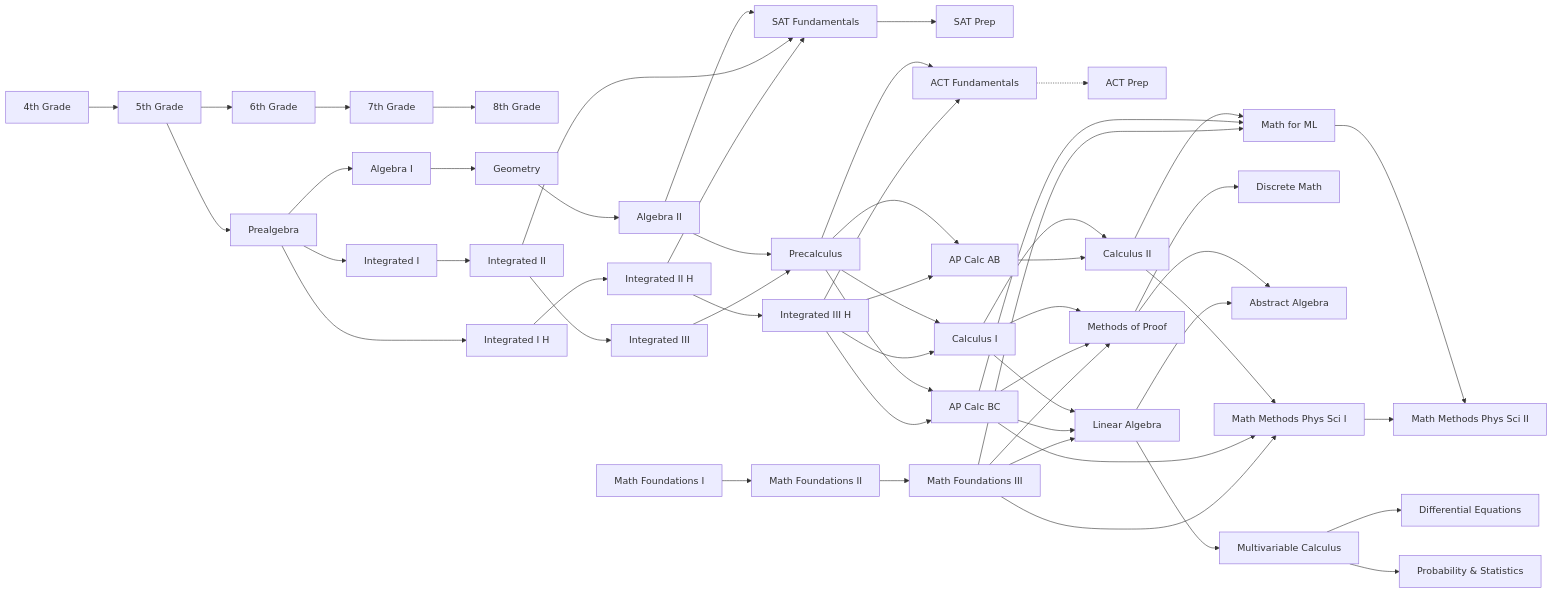
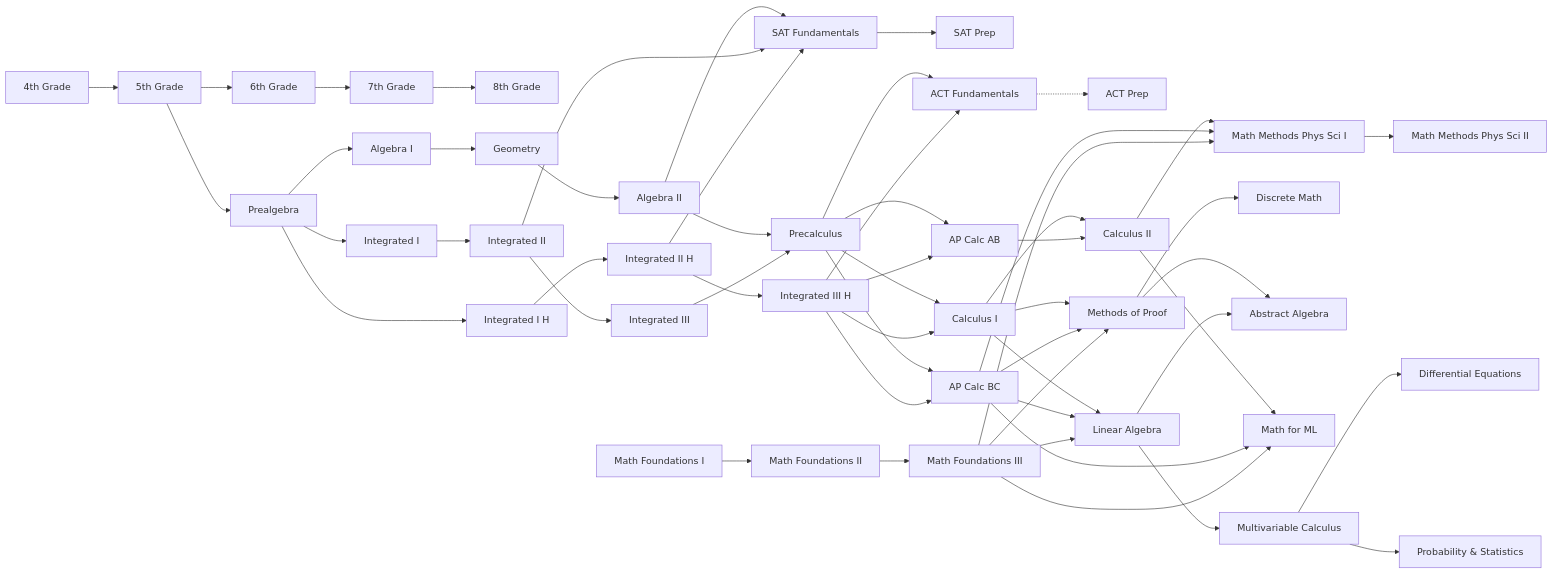
The first of 2 diagrams in docs/math-curriculum.md (greatacademy/greatacademy), drawn with Mermaid before and after one commit. The commit also changed other lines of this file and 2 other files, not shown here.

Commit message:
docs: correct the math curriculum's groups, prerequisite map, reuse figures and stale plans

````diff
--- a/docs/math-curriculum.md
+++ b/docs/math-curriculum.md
@@ -44,18 +44,19 @@
 ```mermaid
 flowchart LR
   G4[4th Grade] --> G5[5th Grade] --> G6[6th Grade] --> G7[7th Grade] --> G8[8th Grade]
   G5 --> PA[Prealgebra]
   PA --> A1[Algebra I] --> GEO[Geometry] --> A2[Algebra II] --> PC[Precalculus]
   PA --> IM1[Integrated I] --> IM2[Integrated II] --> IM3[Integrated III] --> PC
   PA --> H1[Integrated I H] --> H2[Integrated II H] --> H3[Integrated III H]
   A2 & IM2 & H2 --> SATF[SAT Fundamentals] --> SATP[SAT Prep]
   PC & H3 --> ACTF[ACT Fundamentals] -.-> ACTP[ACT Prep]
   PC & H3 --> AB[AP Calc AB] & BC[AP Calc BC] & C1[Calculus I]
   MF1[Math Foundations I] --> MF2[Math Foundations II] --> MF3[Math Foundations III]
   C1 & AB --> C2[Calculus II]
   C1 & BC & MF3 --> LA[Linear Algebra] & MOP[Methods of Proof]
   LA --> MVC[Multivariable Calculus] --> DE[Differential Equations] & PS[Probability & Statistics]
   MOP --> DM[Discrete Math]
   MOP & LA --> AA[Abstract Algebra]
-  C2 & BC & MF3 --> MML[Math for ML] & MP1[Math Methods Phys Sci I] --> MP2[Math Methods Phys Sci II]
+  C2 & BC & MF3 --> MML[Math for ML] & MP1[Math Methods Phys Sci I]
+  MP1 --> MP2[Math Methods Phys Sci II]
 ```
````
